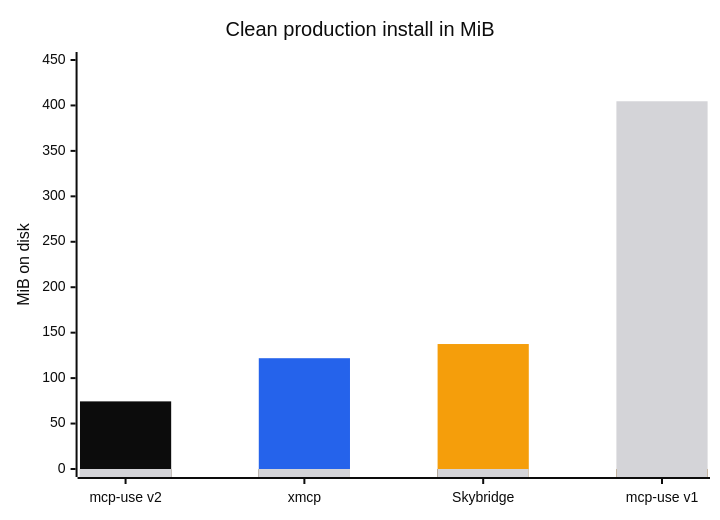
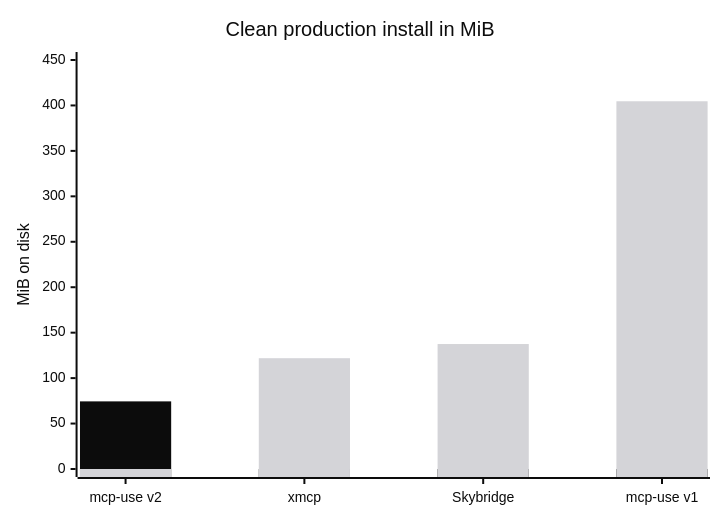
Before and after one commit to mcp-use/mcp-use: the diagram in README.md, drawn with Mermaid. The commit also changed other lines of this file and 1 other file, not shown here.

````diff
--- a/README.md
+++ b/README.md
@@ -250,26 +260,24 @@
 ```mermaid
 ---
 config:
   themeVariables:
     xyChart:
       backgroundColor: "#ffffff"
       titleColor: "#0c0c0c"
       xAxisLabelColor: "#0c0c0c"
       xAxisTitleColor: "#0c0c0c"
       xAxisTickColor: "#0c0c0c"
       xAxisLineColor: "#0c0c0c"
       yAxisLabelColor: "#0c0c0c"
       yAxisTitleColor: "#0c0c0c"
       yAxisTickColor: "#0c0c0c"
       yAxisLineColor: "#0c0c0c"
-      plotColorPalette: "#0c0c0c, #2563eb, #f59e0b, #d4d4d8"
+      plotColorPalette: "#0c0c0c, #d4d4d8"
 ---
 xychart
   title "Clean production install in MiB"
   x-axis ["mcp-use v2", "xmcp", "Skybridge", "mcp-use v1"]
   y-axis "MiB on disk" 0 --> 450
   bar [74.4, 0, 0, 0]
-  bar [0, 121.9, 0, 0]
-  bar [0, 0, 137.5, 0]
-  bar [0, 0, 0, 404.6]
+  bar [0, 121.9, 137.5, 404.6]
 ```
````
